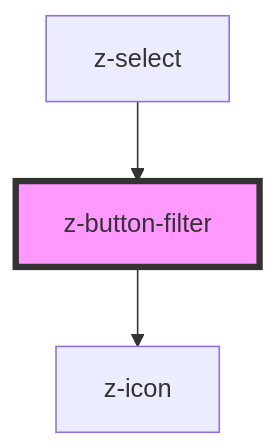
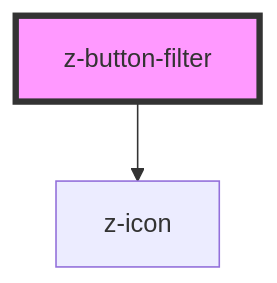
One commit to ZanichelliEditore/design-system changed the diagram in src/deprecated/z-button-filter/readme.md. Above: the diagram before and after it, drawn with Mermaid. The commit also changed other lines of this file and 7 other files, not shown here.

````diff
--- a/src/deprecated/z-button-filter/readme.md
+++ b/src/deprecated/z-button-filter/readme.md
@@ -45,6 +41,5 @@
 ```mermaid
 graph TD;
   z-button-filter --> z-icon
-  z-select --> z-button-filter
   style z-button-filter fill:#f9f,stroke:#333,stroke-width:4px
 ```
````
